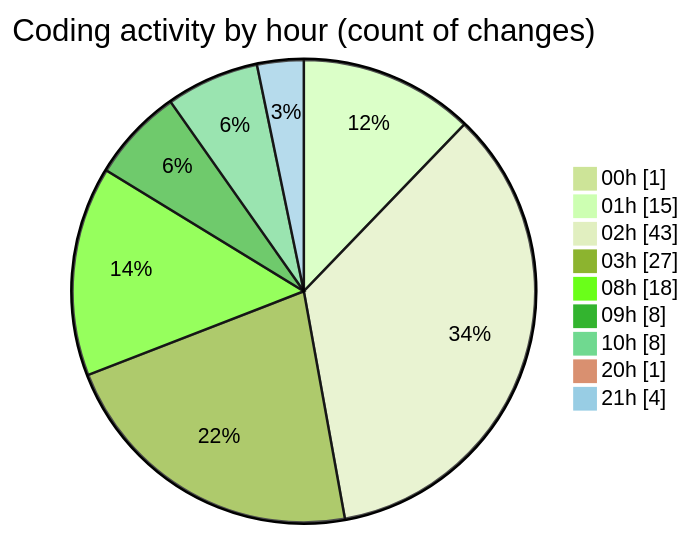
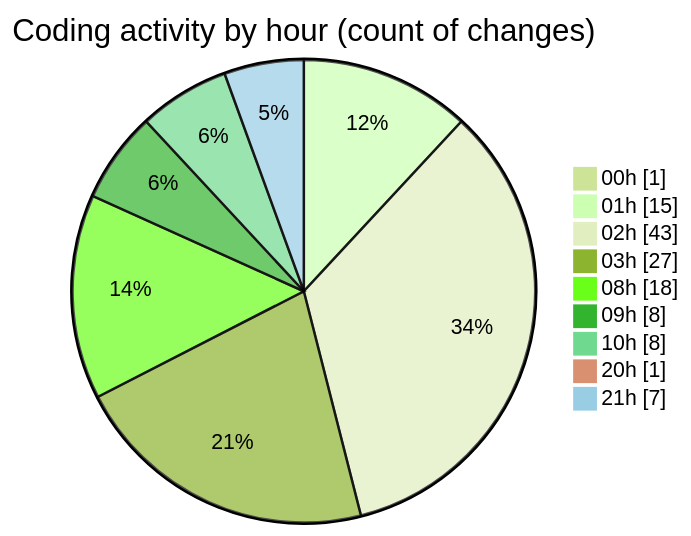
The second of 2 diagrams in 2025-05-01/niten/README.md (Elitesun/code-tracking), drawn with Mermaid (forest theme) before and after one commit. The commit also changed other lines of this file and 1 other file, not shown here.

````diff
--- a/2025-05-01/niten/README.md
+++ b/2025-05-01/niten/README.md
@@ -64,13 +65,13 @@
 ```mermaid
 pie showData
 title Coding activity by hour (count of changes)
 "00h" : 1
 "01h" : 15
 "02h" : 43
 "03h" : 27
 "08h" : 18
 "09h" : 8
 "10h" : 8
 "20h" : 1
-"21h" : 4
+"21h" : 7
 ```
````
